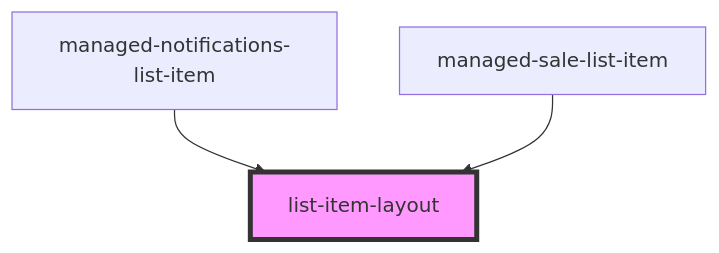
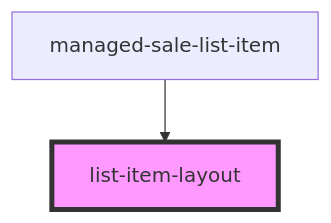
The diagram in pdm-web-components/src/components/list-item-layout/readme.md (PharmaLedger-IMI/fgt-workspace), drawn with Mermaid before and after one commit. The commit also changed other lines of this file and 3 other files, not shown here.

Commit message:
refs #51 managed notification now implements new layout

````diff
--- a/pdm-web-components/src/components/list-item-layout/readme.md
+++ b/pdm-web-components/src/components/list-item-layout/readme.md
@@ -27,6 +26,5 @@
 ```mermaid
 graph TD;
-  managed-notifications-list-item --> list-item-layout
   managed-sale-list-item --> list-item-layout
   style list-item-layout fill:#f9f,stroke:#333,stroke-width:4px
 ```
````
